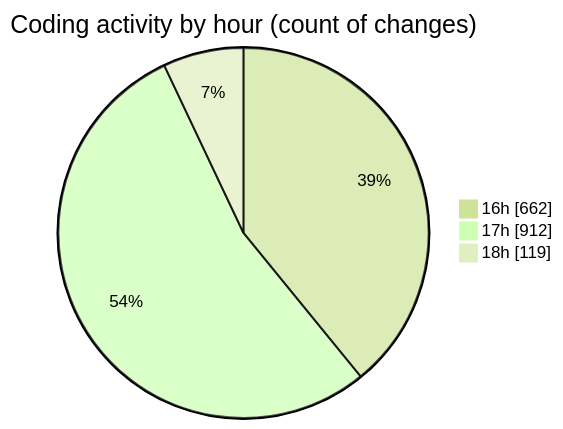
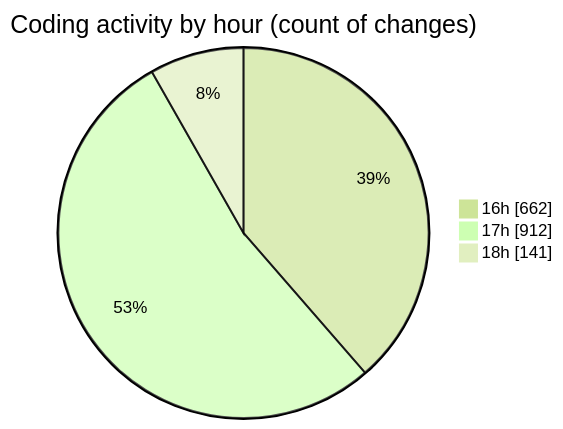
One commit to nxtqubesakshisongat/code-tracking changed the second of 2 diagrams in 2025-04-11/nxtqube_webapp/README.md. Above: the diagram before and after it, drawn with Mermaid (forest theme). The commit also changed other lines of this file and 1 other file, not shown here.

````diff
--- a/2025-04-11/nxtqube_webapp/README.md
+++ b/2025-04-11/nxtqube_webapp/README.md
@@ -35,7 +35,7 @@
 ```mermaid
 pie showData
 title Coding activity by hour (count of changes)
 "16h" : 662
 "17h" : 912
-"18h" : 119
+"18h" : 141
 ```
````
